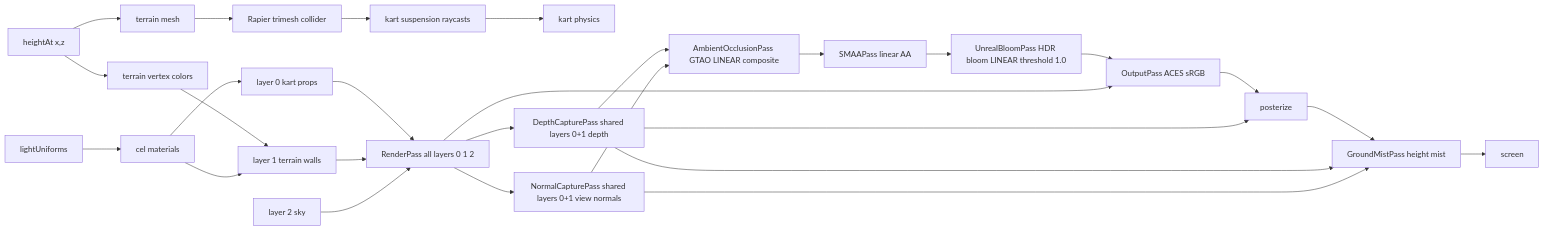
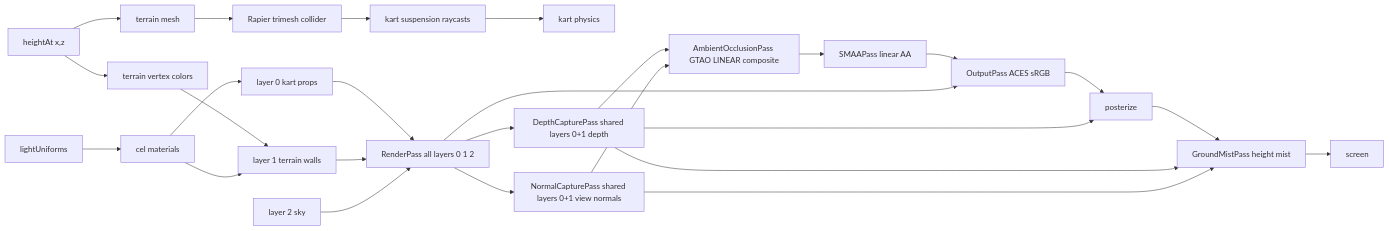
The diagram in docs/knowledge/data-flows/render-pipeline.md (jjgroenendijk/cart-game), drawn with Mermaid before and after one commit. The commit also changed other lines of this file and 23 other files, not shown here.

````diff
--- a/docs/knowledge/data-flows/render-pipeline.md
+++ b/docs/knowledge/data-flows/render-pipeline.md
@@ -11,29 +11,28 @@
 ```mermaid
 flowchart LR
   height[heightAt x,z] --> mesh[terrain mesh]
   height --> color[terrain vertex colors]
   mesh --> collider[Rapier trimesh collider]
   collider --> suspension[kart suspension raycasts]
   suspension --> kart[kart physics]
   color --> layer1[layer 1 terrain walls]
   light[lightUniforms] --> cel[cel materials]
   cel --> layer0[layer 0 kart props]
   cel --> layer1
   layer0 --> renderPass[RenderPass all layers 0 1 2]
   layer1 --> renderPass
   sky[layer 2 sky] --> renderPass
   renderPass --> depthCapture[DepthCapturePass shared layers 0+1 depth]
   renderPass --> normalCapture[NormalCapturePass shared layers 0+1 view normals]
   depthCapture --> ao[AmbientOcclusionPass GTAO LINEAR composite]
   normalCapture --> ao
   ao --> smaa[SMAAPass linear AA]
-  smaa --> bloom[UnrealBloomPass HDR bloom LINEAR threshold 1.0]
-  bloom --> output[OutputPass ACES sRGB]
+  smaa --> output[OutputPass ACES sRGB]
   renderPass --> output
   output --> posterize
   depthCapture --> posterize
   posterize --> mist[GroundMistPass height mist]
   depthCapture --> mist
   normalCapture --> mist
   mist --> screen[screen]
 ```
````
